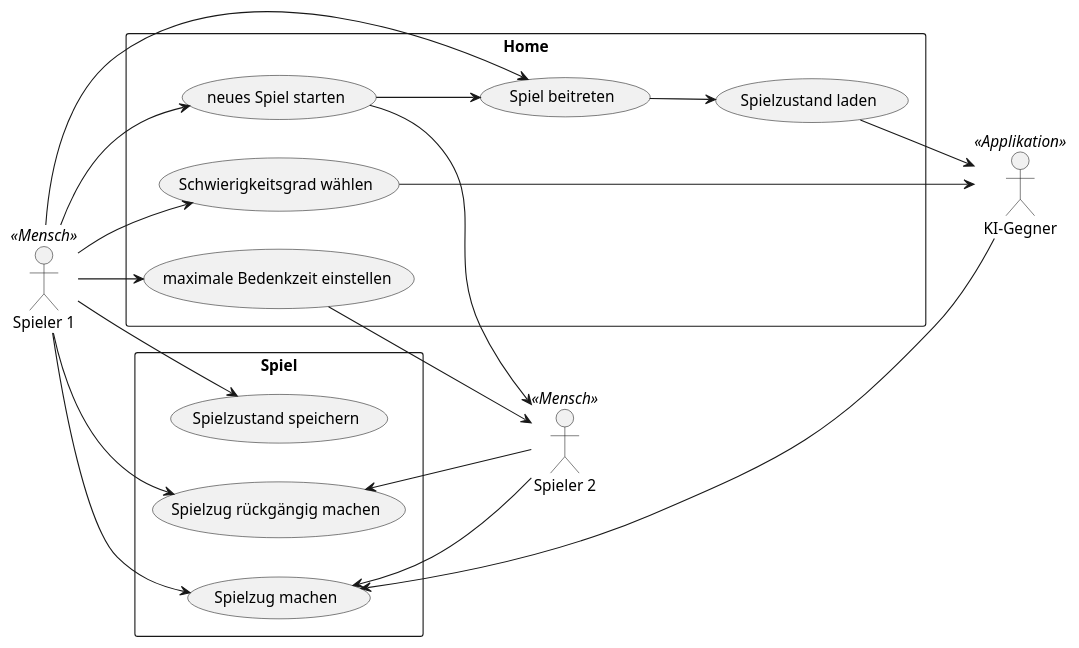
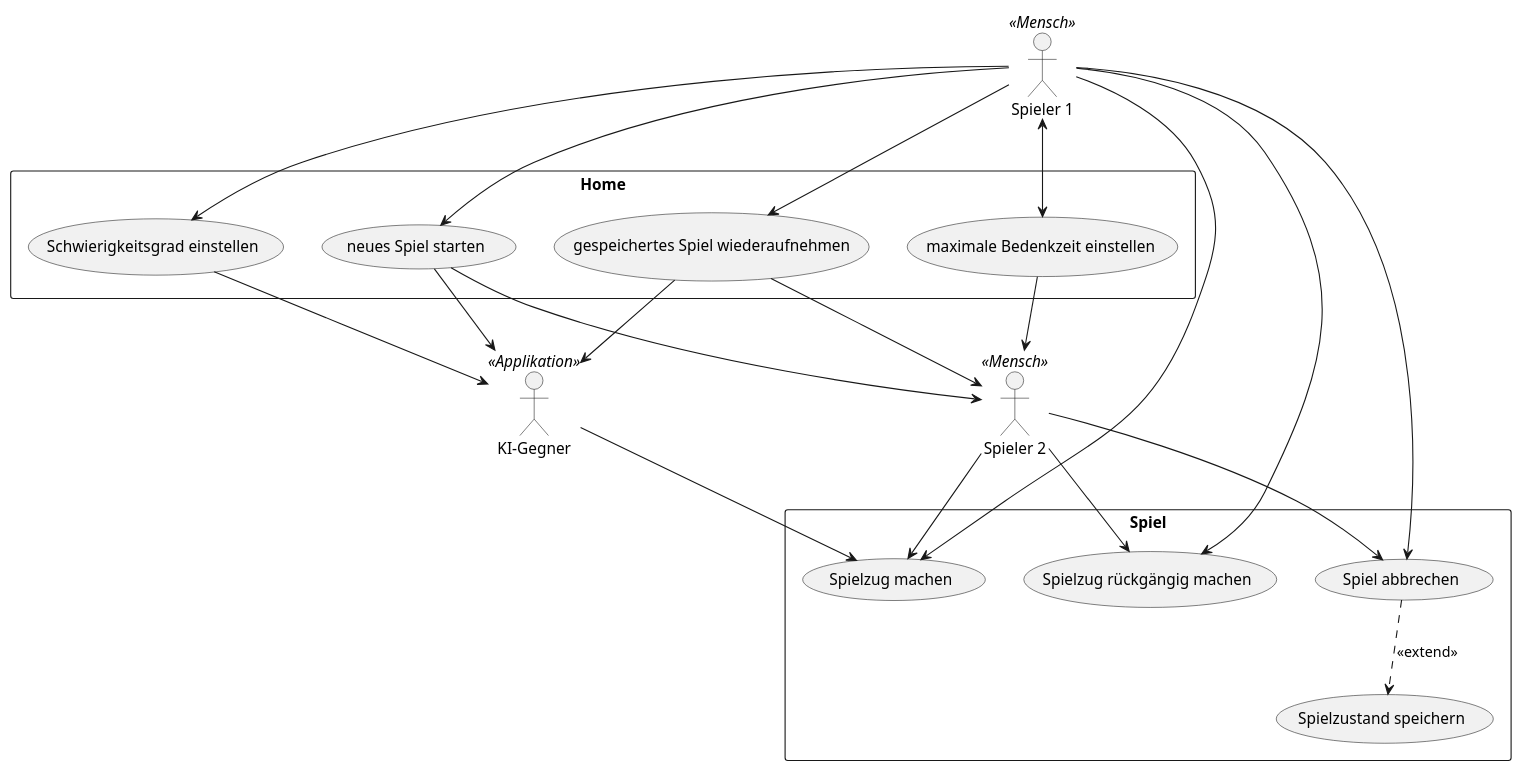
The diagram in Diagrams/UseCase.puml (RyanMikus/muehlespiel_java_fs25), drawn with PlantUML before and after one commit.

Commit message:
hopefully finalized Use Case Diagramm

```diff
--- a/Diagrams/UseCase.puml
+++ b/Diagrams/UseCase.puml
@@ -1,41 +1,51 @@
 @startuml
 
-left to right direction
+top to bottom direction
 
-:Spieler 1: as act1 << Mensch >>
-:Spieler 2: as act2 << Mensch >>
-:KI-Gegner: as act3 << Applikation >>
+actor "Spieler 1" as act1 <<Mensch>>
+actor "Spieler 2" as act2 <<Mensch>>
+actor "KI-Gegner" as act3 <<Applikation>>
 
-rectangle Spiel {
-    (Spielzug machen) as UC1
-    (Spielzug rückgängig machen) as UC2
-    (Spielzustand speichern) as UC3
+rectangle "Home" {
+    usecase UC1 as "neues Spiel starten"
+    usecase UC2 as "gespeichertes Spiel wiederaufnehmen"
+    usecase UC3 as "Schwierigkeitsgrad einstellen"
+    usecase UC4 as "maximale Bedenkzeit einstellen"
 }
 
-rectangle Home {
-    (neues Spiel starten) as UC4
-    (Spiel beitreten) as UC5
-    (Spielzustand laden) as UC6
-    (Schwierigkeitsgrad wählen) as UC7
-    (maximale Bedenkzeit einstellen) as UC8
+rectangle "Spiel" {
+    usecase UC5 as "Spielzug machen"
+    usecase UC6 as "Spielzug rückgängig machen"
+    usecase UC7 as "Spiel abbrechen"
+    usecase UC8 as "Spielzustand speichern"
 }
 
+' Spieler 1
 act1 --> UC1
 act1 --> UC2
 act1 --> UC3
-act1 --> UC4
+act1 <--> UC4
 act1 --> UC5
+act1 --> UC6
 act1 --> UC7
-act1 --> UC8
 
-UC1 <-- act2
-UC2 <-- act2
+' Spieler 2
+act2 --> UC5
+act2 --> UC6
+act2 --> UC7
+
+' KI-Gegner
+act3 --> UC5
+
+' Spielstart triggert andere Spieler/KI
+UC1 --> act2
+UC1 --> act3
+UC2 --> act2
+UC2 --> act3
+UC3 --> act3
 UC4 --> act2
-UC4 --> UC5
-UC5 --> UC6
-UC8 --> act2
 
-UC1 <-- act3
-UC6 --> act3
-UC7 --> act3
+' Extend-Beziehung
+UC7 ..> UC8 : <<extend>>
+
 @enduml
```
